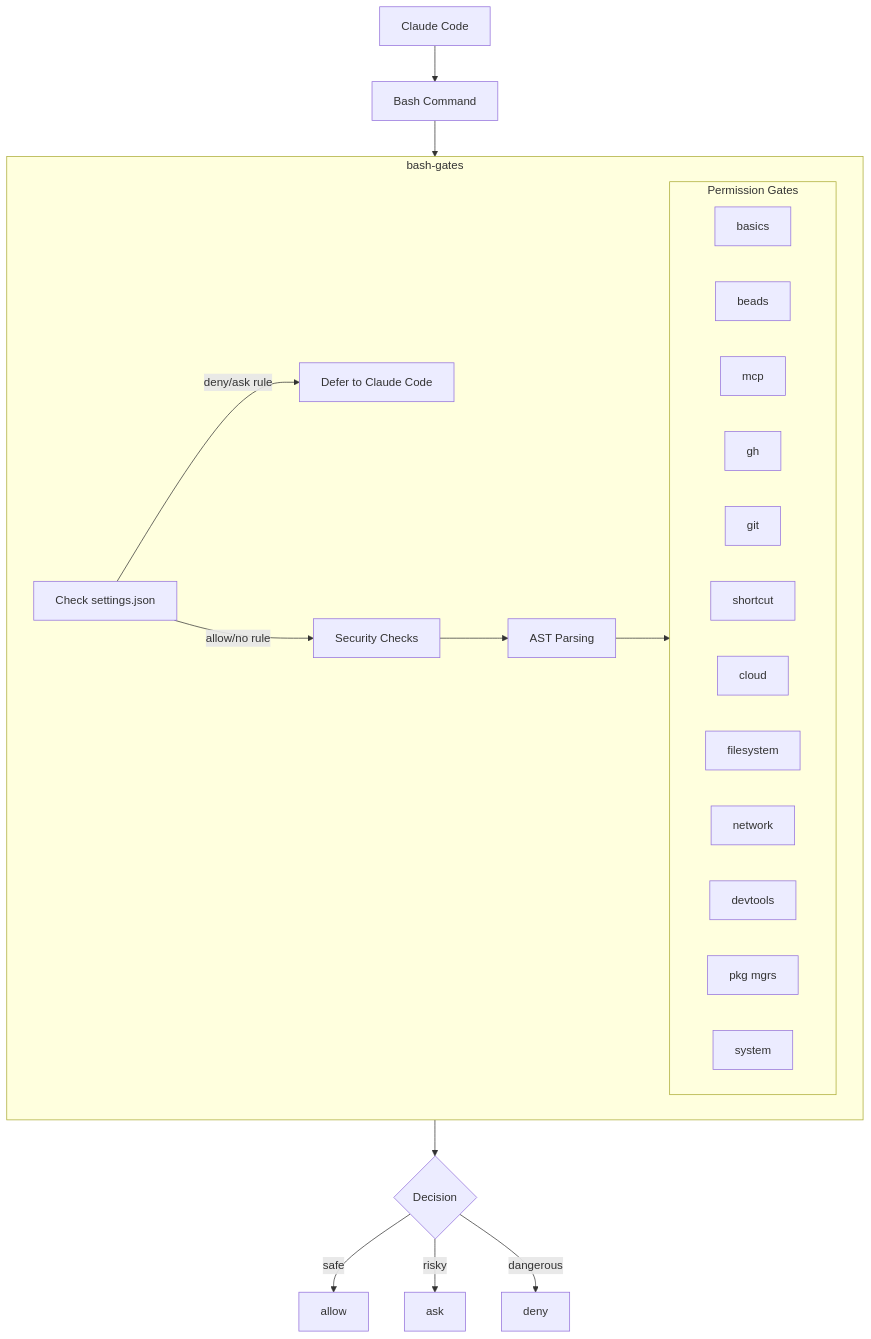
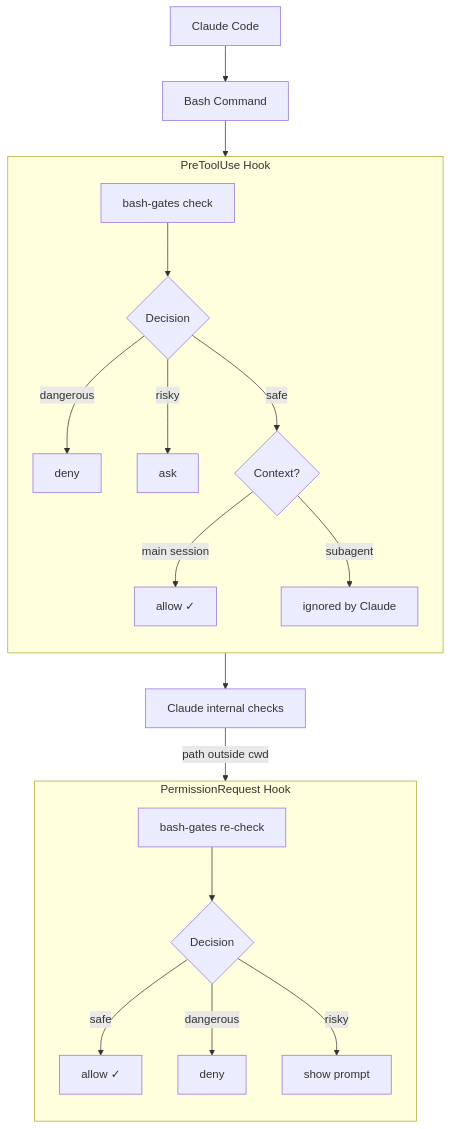
One commit to camjac251/bash-gates changed the diagram in README.md. Above: the diagram before and after it, drawn with Mermaid. The commit also changed other lines of this file, not shown here.

Commit message:
docs: update mermaid diagram to show both hook flows

````diff
--- a/README.md
+++ b/README.md
@@ -38,34 +38,26 @@
 ```mermaid
 flowchart TD
     CC[Claude Code] --> CMD[Bash Command]
-    CMD --> BG
 
-    subgraph BG [bash-gates]
-        SETTINGS[Check settings.json]
-        SETTINGS -->|deny/ask rule| DEFER[Defer to Claude Code]
-        SETTINGS -->|allow/no rule| SEC[Security Checks]
-        SEC --> AST[AST Parsing]
-        AST --> GATES
-
-        subgraph GATES [Permission Gates]
-            direction LR
-            G1[basics]
-            G2[beads]
-            G3[mcp]
-            G4[gh]
-            G5[git]
-            G6[shortcut]
-            G7[cloud]
-            G8[filesystem]
-            G9[network]
-            G10[devtools]
-            G11[pkg mgrs]
-            G12[system]
-        end
+    subgraph PTU [PreToolUse Hook]
+        direction TB
+        PTU_CHECK[bash-gates check] --> PTU_DEC{Decision}
+        PTU_DEC -->|dangerous| PTU_DENY[deny]
+        PTU_DEC -->|risky| PTU_ASK[ask]
+        PTU_DEC -->|safe| PTU_CTX{Context?}
+        PTU_CTX -->|main session| PTU_ALLOW[allow ✓]
+        PTU_CTX -->|subagent| PTU_IGNORED[ignored by Claude]
     end
 
-    BG --> DECISION{Decision}
-    DECISION -->|safe| ALLOW[allow]
-    DECISION -->|risky| ASK[ask]
-    DECISION -->|dangerous| DENY[deny]
+    CMD --> PTU
+    PTU_IGNORED --> INTERNAL[Claude internal checks]
+    INTERNAL -->|path outside cwd| PR_HOOK
+
+    subgraph PR_HOOK [PermissionRequest Hook]
+        direction TB
+        PR_CHECK[bash-gates re-check] --> PR_DEC{Decision}
+        PR_DEC -->|safe| PR_ALLOW[allow ✓]
+        PR_DEC -->|dangerous| PR_DENY[deny]
+        PR_DEC -->|risky| PR_PROMPT[show prompt]
+    end
 ```
````
